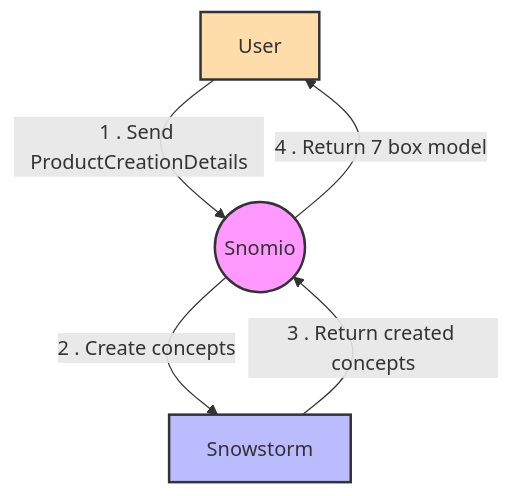
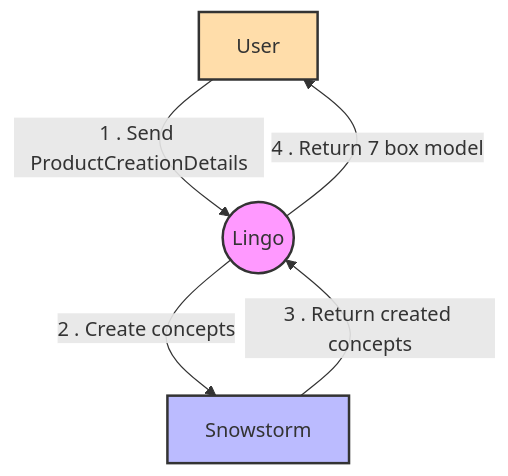
One commit to AuDigitalHealth/lingo changed the sixth of 7 diagrams in docs/design/integration-points.md. Above: the diagram before and after it, drawn with Mermaid. The commit also changed other lines of this file and 10 other files, not shown here.

Commit message:
replace occurances of Snomio with Lingo across the docs

````diff
--- a/docs/design/integration-points.md
+++ b/docs/design/integration-points.md
@@ -185,13 +185,13 @@
 ```mermaid
 graph TB
     User[User]
-    Snomio((Snomio))
+    Lingo((Lingo))
     Snowstorm[Snowstorm]
-    User -->|1 . Send ProductCreationDetails| Snomio
-    Snomio -->|2 . Create concepts| Snowstorm
-    Snowstorm -->|3 . Return created concepts| Snomio
-    Snomio -->|4 . Return 7 box model| User
+    User -->|1 . Send ProductCreationDetails| Lingo
+    Lingo -->|2 . Create concepts| Snowstorm
+    Snowstorm -->|3 . Return created concepts| Lingo
+    Lingo -->|4 . Return 7 box model| User
     style User fill: #fda, stroke: #333, stroke-width: 2px
-    style Snomio fill: #f9f, stroke: #333, stroke-width: 2px
+    style Lingo fill: #f9f, stroke: #333, stroke-width: 2px
     style Snowstorm fill: #bbf, stroke: #333, stroke-width: 2px
 ```
````
